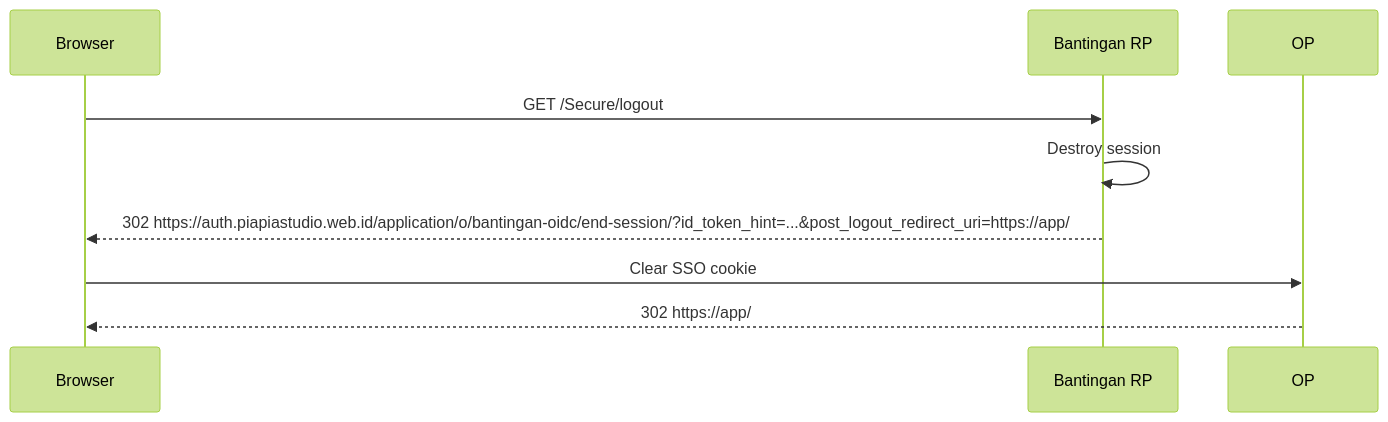
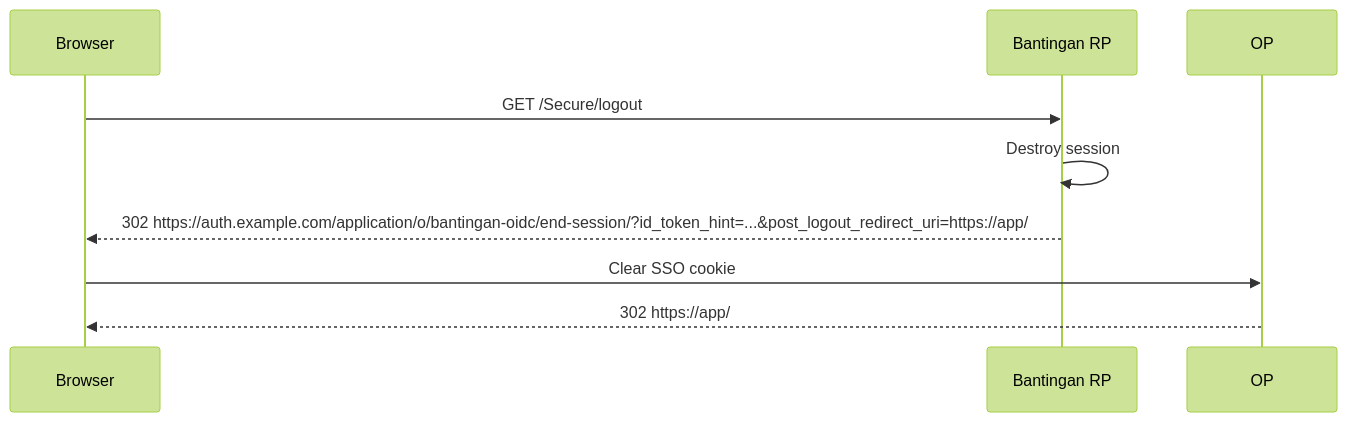
One commit to susilon/bantingan-oidc changed the third of 3 diagrams in README.md. Above: the diagram before and after it, drawn with Mermaid (forest theme). The commit also changed other lines of this file, not shown here.

````diff
--- a/README.md
+++ b/README.md
@@ -108,12 +108,12 @@
 ```mermaid
 sequenceDiagram
     participant B as Browser
     participant R as Bantingan RP
     participant OP as OP
 
     B->>R: GET /Secure/logout
     R->>R: Destroy session
-    R-->>B: 302 https://auth.piapiastudio.web.id/application/o/bantingan-oidc/end-session/?id_token_hint=...&post_logout_redirect_uri=https://app/
+    R-->>B: 302 https://auth.example.com/application/o/bantingan-oidc/end-session/?id_token_hint=...&post_logout_redirect_uri=https://app/
     B->>OP: Clear SSO cookie
     OP-->>B: 302 https://app/
 ```
````
